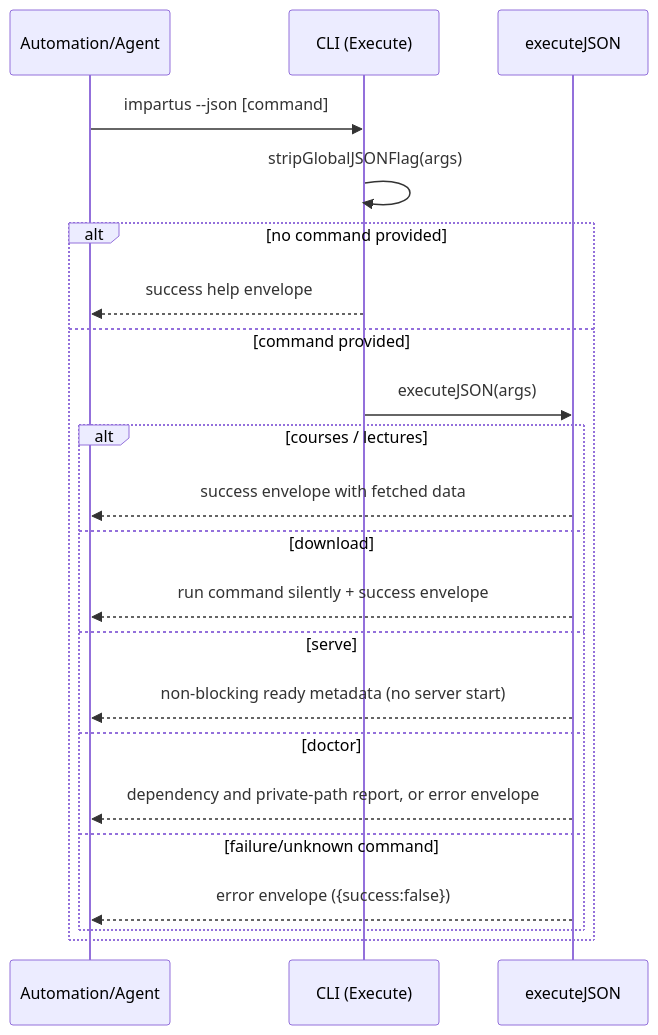
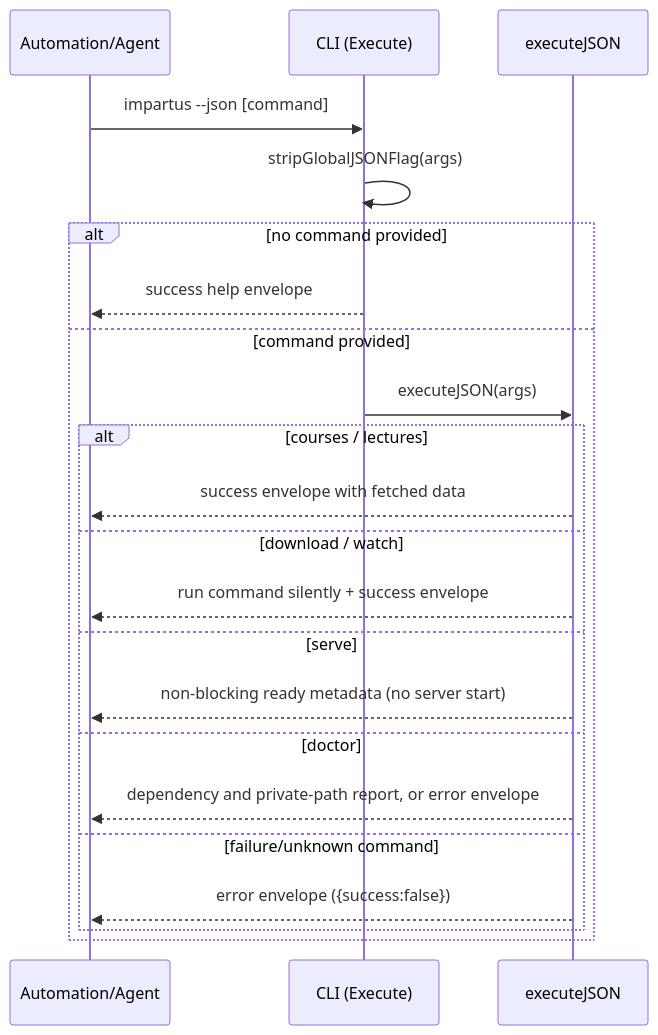
The second of 7 diagrams in docs/architecture.md (rabesss/impartus-cli), drawn with Mermaid before and after one commit. The commit also changed other lines of this file and 24 other files, not shown here.

````diff
--- a/docs/architecture.md
+++ b/docs/architecture.md
@@ -54,25 +55,25 @@
 ```mermaid
 sequenceDiagram
   participant A as Automation/Agent
   participant C as CLI (Execute)
   participant J as executeJSON
 
   A->>C: impartus --json [command]
   C->>C: stripGlobalJSONFlag(args)
   alt no command provided
     C-->>A: success help envelope
   else command provided
     C->>J: executeJSON(args)
     alt courses / lectures
       J-->>A: success envelope with fetched data
-    else download
+    else download / watch
       J-->>A: run command silently + success envelope
     else serve
       J-->>A: non-blocking ready metadata (no server start)
     else doctor
       J-->>A: dependency and private-path report, or error envelope
     else failure/unknown command
       J-->>A: error envelope ({success:false})
     end
   end
 ```
````
